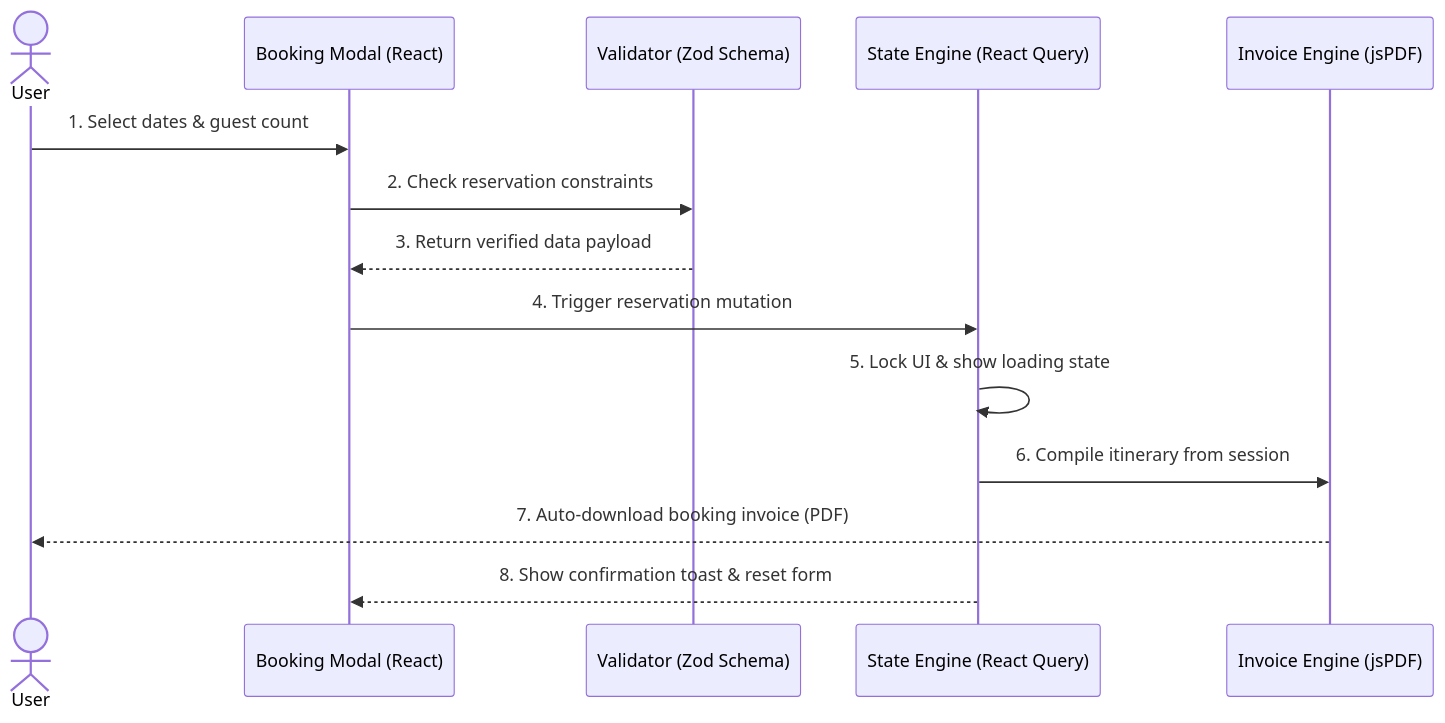
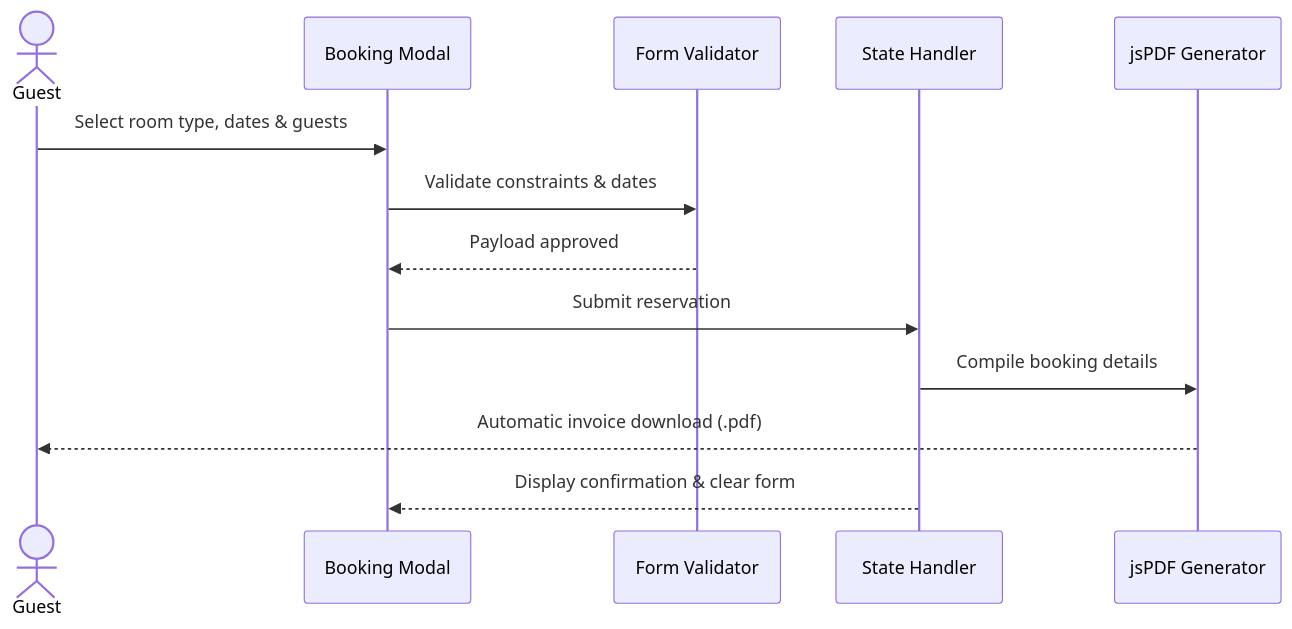
The diagram in README.md (abdul-rahman-0x/vertex-luxury-resort), drawn with Mermaid before and after one commit. The commit also changed other lines of this file, not shown here.

````diff
--- a/README.md
+++ b/README.md
@@ -62,17 +62,16 @@
 ```mermaid
 sequenceDiagram
-    actor User
-    participant Form as Booking Modal (React)
-    participant Zod as Validator (Zod Schema)
-    participant Query as State Engine (React Query)
-    participant PDF as Invoice Engine (jsPDF)
+    actor Guest
+    participant Modal as Booking Modal
+    participant Zod as Form Validator
+    participant Query as State Handler
+    participant PDF as jsPDF Generator
 
-    User->>Form: 1. Select dates & guest count
-    Form->>Zod: 2. Check reservation constraints
-    Zod-->>Form: 3. Return verified data payload
-    Form->>Query: 4. Trigger reservation mutation
-    Query->>Query: 5. Lock UI & show loading state
-    Query->>PDF: 6. Compile itinerary from session
-    PDF-->>User: 7. Auto-download booking invoice (PDF)
-    Query-->>Form: 8. Show confirmation toast & reset form
+    Guest->>Modal: Select room type, dates & guests
+    Modal->>Zod: Validate constraints & dates
+    Zod-->>Modal: Payload approved
+    Modal->>Query: Submit reservation
+    Query->>PDF: Compile booking details
+    PDF-->>Guest: Automatic invoice download (.pdf)
+    Query-->>Modal: Display confirmation & clear form
 ```
````
